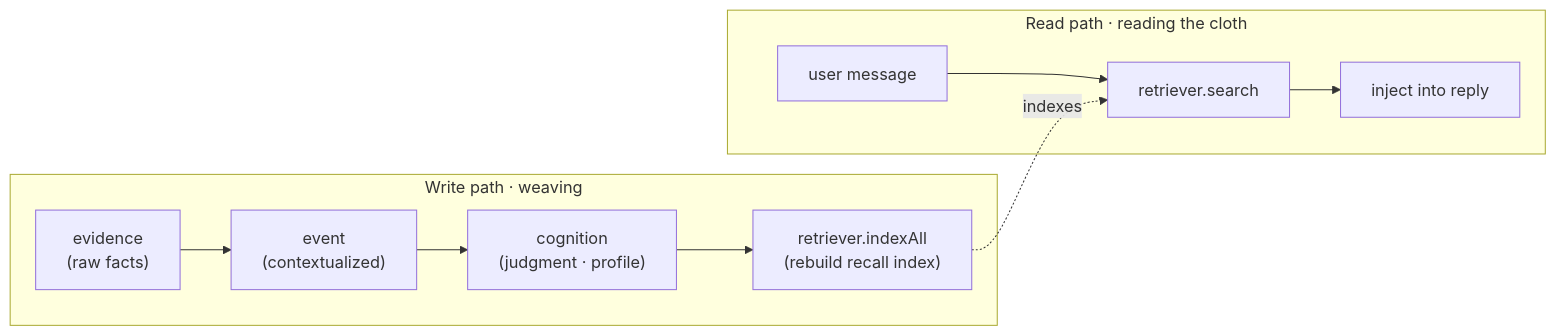
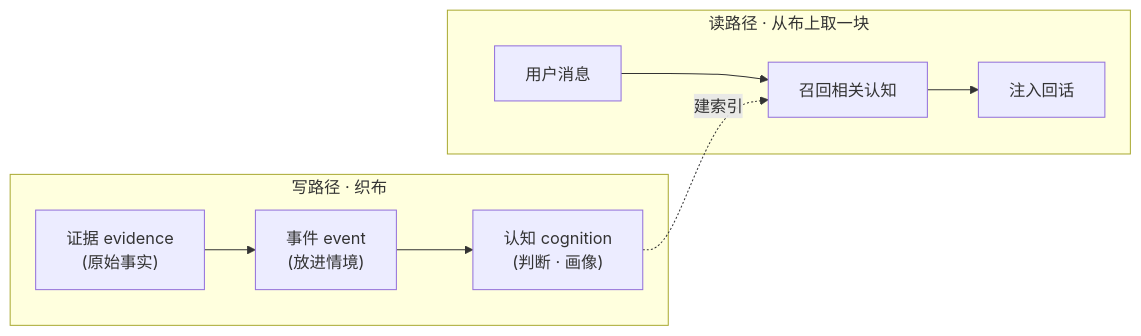
The diagram in README.md (kestercarroll702-gif/memoweft), drawn with Mermaid before and after one commit. The commit also changed other lines of this file and 56 other files, not shown here.

````diff
--- a/README.md
+++ b/README.md
@@ -108,11 +91,10 @@
 ```mermaid
 flowchart LR
-  subgraph write [Write path · weaving]
-    E["evidence<br/>(raw facts)"] --> V["event<br/>(contextualized)"] --> C["cognition<br/>(judgment · profile)"]
-    C --> IDX["retriever.indexAll<br/>(rebuild recall index)"]
+  subgraph 写路径 [写路径 · 织布]
+    E["证据 evidence<br/>(原始事实)"] --> V["事件 event<br/>(放进情境)"] --> C["认知 cognition<br/>(判断 · 画像)"]
   end
-  subgraph read [Read path · reading the cloth]
-    Q["user message"] --> S["retriever.search"] --> INJ["inject into reply"]
+  subgraph 读路径 [读路径 · 从布上取一块]
+    Q["用户消息"] --> S["召回相关认知"] --> INJ["注入回话"]
   end
-  IDX -. indexes .-> S
+  C -. 建索引 .-> S
 ```
````
